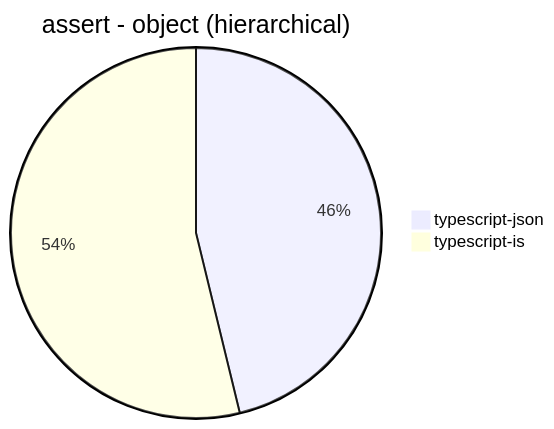
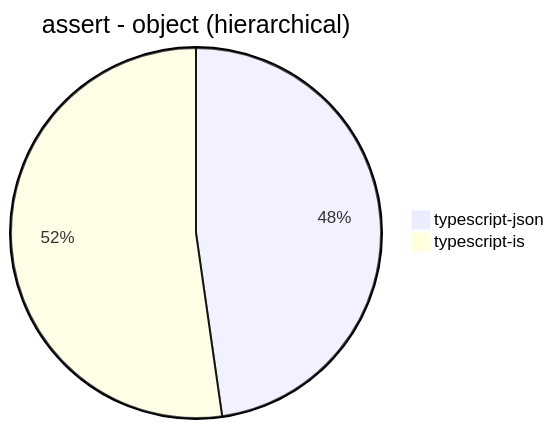
Before and after one commit to samchon/typia: the first of 30 diagrams in benchmark/results/Apple M1.md, drawn with Mermaid. The commit also changed other lines of this file, not shown here.

````diff
--- a/benchmark/results/Apple M1.md
+++ b/benchmark/results/Apple M1.md
@@ -17,5 +18,5 @@
 ```mermaid
 pie title assert - object (hierarchical)
-  "typescript-json": 24131.09425785482
-  "typescript-is": 28101.877164206304
+  "typescript-json": 25315.08581752484
+  "typescript-is": 27709.6241979835
 ```
````
